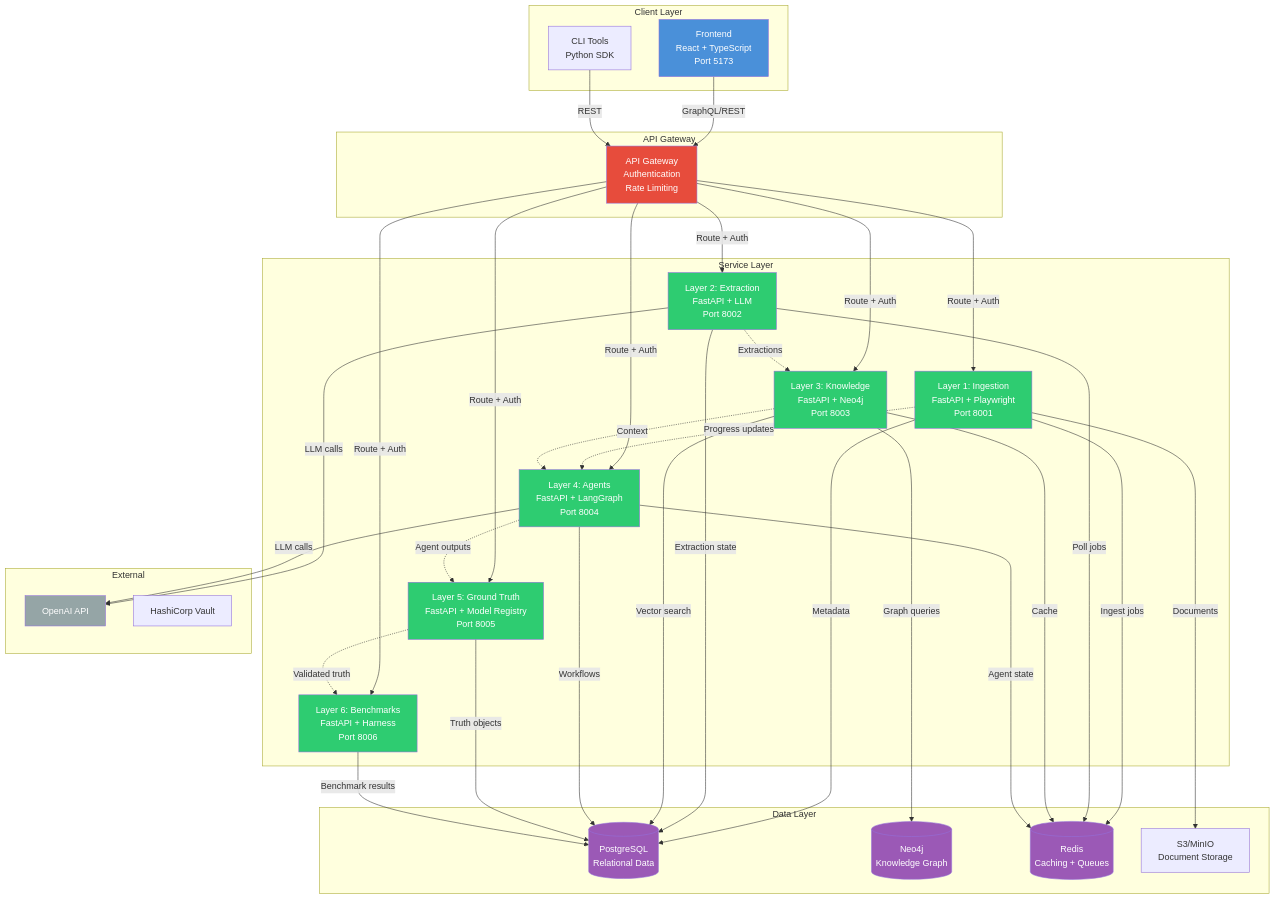
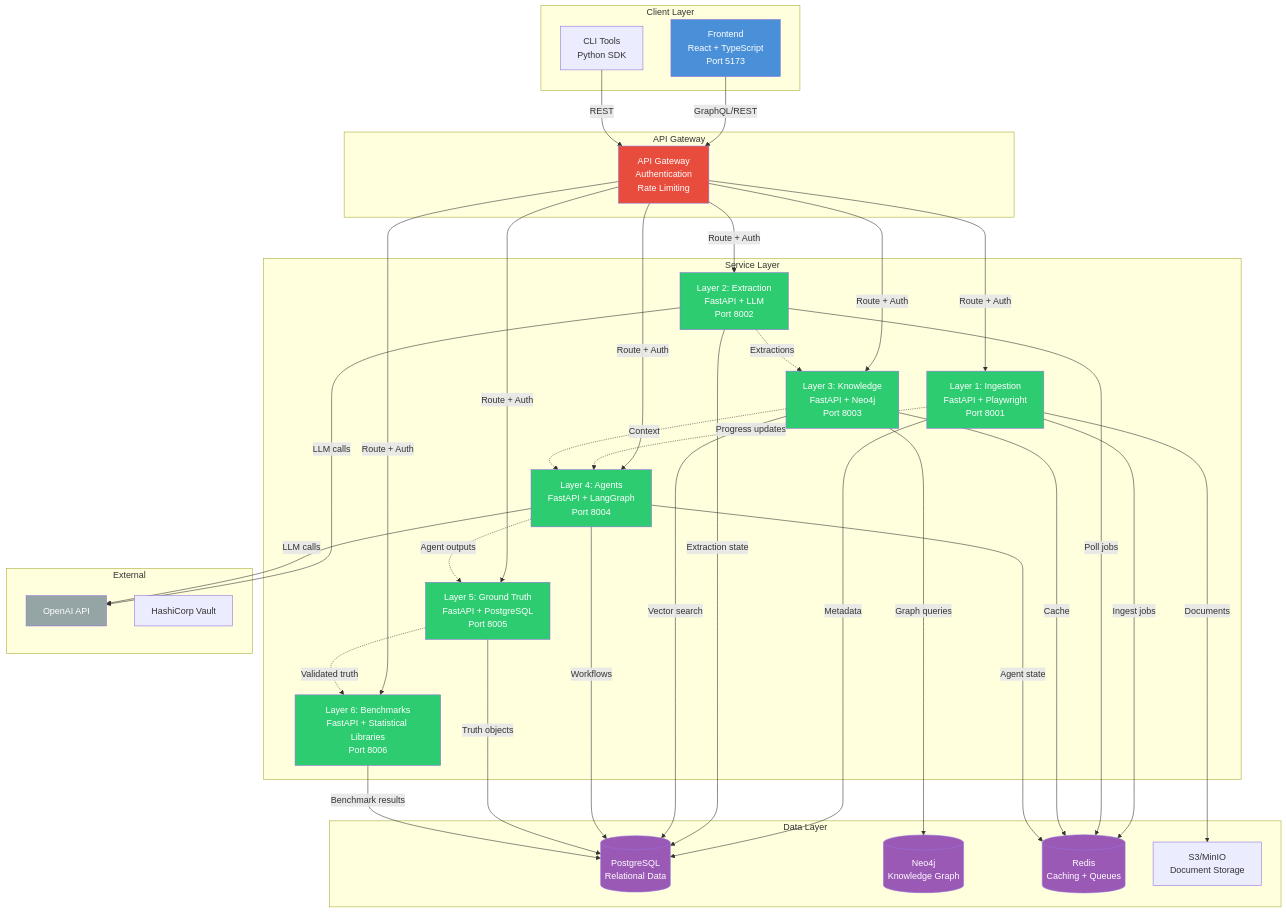
The second of 9 diagrams in docs/core-concepts/architecture.md (bmsull560/Fabric_4L), drawn with Mermaid before and after one commit. The commit also changed 1 other file, not shown here.

Commit message:
docs: address code review feedback on diagram node IDs and layer descriptions
Agent-Logs-Url: https://github.com/bmsull560/Fabric_4L/sessions/ad9e21ca-5e48-4c7e-baaa-69c505ad1dc0

````diff
--- a/docs/core-concepts/architecture.md
+++ b/docs/core-concepts/architecture.md
@@ -75,79 +75,79 @@
 ```mermaid
 graph TB
     subgraph "Client Layer"
         FE[Frontend<br/>React + TypeScript<br/>Port 5173]
         CLI[CLI Tools<br/>Python SDK]
     end
     
     subgraph "API Gateway"
         GW[API Gateway<br/>Authentication<br/>Rate Limiting]
     end
     
     subgraph "Service Layer"
         L1[Layer 1: Ingestion<br/>FastAPI + Playwright<br/>Port 8001]
         L2[Layer 2: Extraction<br/>FastAPI + LLM<br/>Port 8002]
         L3[Layer 3: Knowledge<br/>FastAPI + Neo4j<br/>Port 8003]
         L4[Layer 4: Agents<br/>FastAPI + LangGraph<br/>Port 8004]
-        L5[Layer 5: Ground Truth<br/>FastAPI + Model Registry<br/>Port 8005]
-        L6[Layer 6: Benchmarks<br/>FastAPI + Harness<br/>Port 8006]
+        L5[Layer 5: Ground Truth<br/>FastAPI + PostgreSQL<br/>Port 8005]
+        L6[Layer 6: Benchmarks<br/>FastAPI + Statistical Libraries<br/>Port 8006]
     end
     
     subgraph "Data Layer"
         PG[(PostgreSQL<br/>Relational Data)]
         NEO[(Neo4j<br/>Knowledge Graph)]
         RED[(Redis<br/>Caching + Queues)]
         S3[S3/MinIO<br/>Document Storage]
     end
     
     subgraph "External"
         OPENAI[OpenAI API]
         VAULT[HashiCorp Vault]
     end
     
     FE -->|GraphQL/REST| GW
     CLI -->|REST| GW
     GW -->|Route + Auth| L1
     GW -->|Route + Auth| L2
     GW -->|Route + Auth| L3
     GW -->|Route + Auth| L4
     GW -->|Route + Auth| L5
     GW -->|Route + Auth| L6
     
     L1 -->|Ingest jobs| RED
     L1 -->|Metadata| PG
     L1 -->|Documents| S3
     
     L2 -->|Poll jobs| RED
     L2 -->|LLM calls| OPENAI
     L2 -->|Extraction state| PG
     
     L3 -->|Graph queries| NEO
     L3 -->|Vector search| PG
     L3 -->|Cache| RED
     
     L4 -->|Agent state| RED
     L4 -->|LLM calls| OPENAI
     L4 -->|Workflows| PG
     
     L5 -->|Truth objects| PG
     L6 -->|Benchmark results| PG
     
     L1 -.->|Progress updates| L4
     L2 -.->|Extractions| L3
     L3 -.->|Context| L4
     L4 -.->|Agent outputs| L5
     L5 -.->|Validated truth| L6
     
     style FE fill:#4a90d9,color:white
     style L1 fill:#2ecc71,color:white
     style L2 fill:#2ecc71,color:white
     style L3 fill:#2ecc71,color:white
     style L4 fill:#2ecc71,color:white
     style L5 fill:#2ecc71,color:white
     style L6 fill:#2ecc71,color:white
     style GW fill:#e74c3c,color:white
     style PG fill:#9b59b6,color:white
     style NEO fill:#9b59b6,color:white
     style RED fill:#9b59b6,color:white
     style OPENAI fill:#95a5a6,color:white
 ```
````
